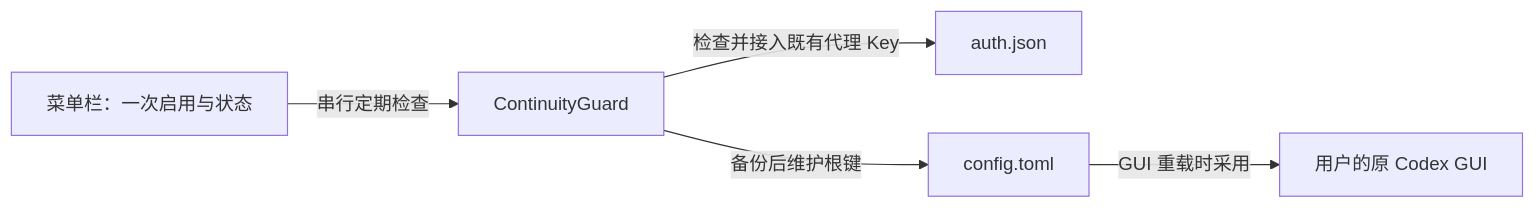
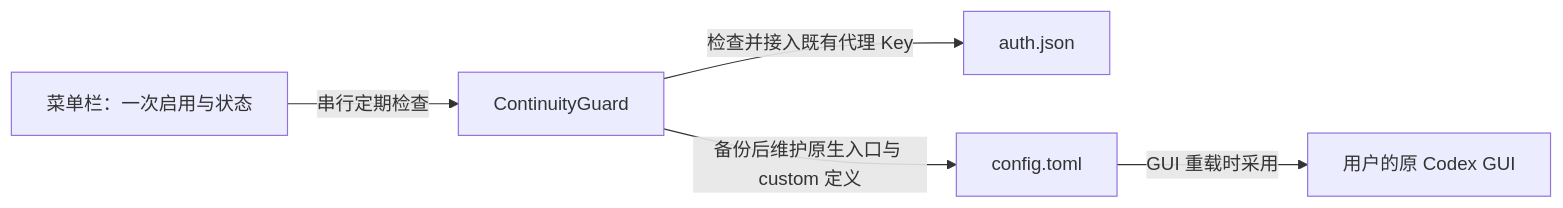
One commit to PixelCores/Miruun changed the first of 2 diagrams in docs/analysis.md. Above: the diagram before and after it, drawn with Mermaid. The commit also changed other lines of this file and 6 other files, not shown here.

````diff
--- a/docs/analysis.md
+++ b/docs/analysis.md
@@ -41,7 +60,7 @@
 ```mermaid
 flowchart LR
     UI[菜单栏：一次启用与状态] -->|串行定期检查| Guard[ContinuityGuard]
     Guard -->|检查并接入既有代理 Key| Auth[auth.json]
-    Guard -->|备份后维护根键| Config[config.toml]
+    Guard -->|备份后维护原生入口与 custom 定义| Config[config.toml]
     Config -->|GUI 重载时采用| Codex[用户的原 Codex GUI]
 ```
````
